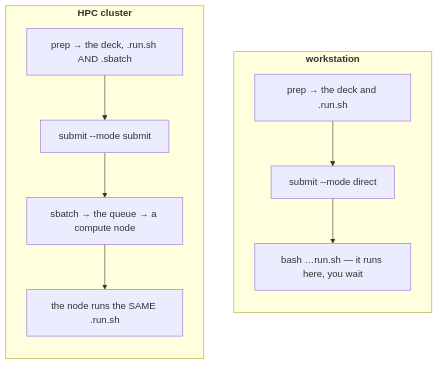
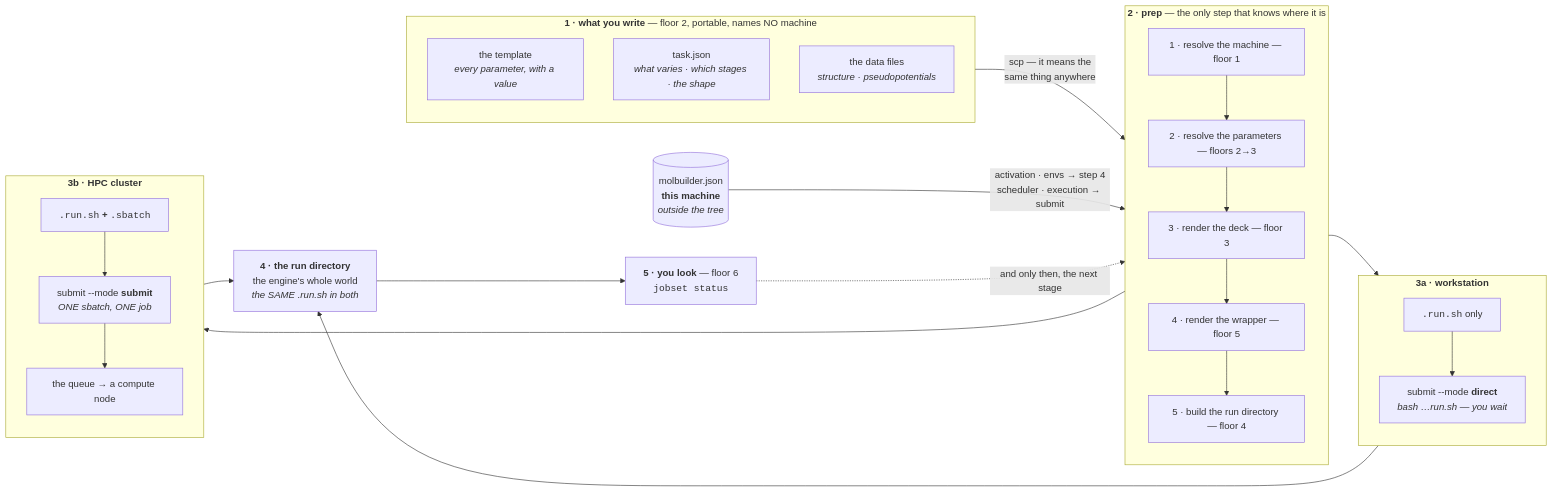
Before and after one commit to Qing-LAB/molbuilder: the seventh of 8 diagrams in docs/execution/architecture.md, drawn with Mermaid. The commit also changed other lines of this file and 18 other files, not shown here.

````diff
--- a/docs/execution/architecture.md
+++ b/docs/execution/architecture.md
@@ -558,18 +551,46 @@
 ```mermaid
-flowchart TB
-    subgraph WS["<b>workstation</b>"]
+flowchart LR
+    subgraph PORT["<b>1 · what you write</b> — floor 2, portable, names NO machine"]
       direction TB
-      W1["prep → the deck and .run.sh"]
-      W2["submit --mode direct"]
-      W3["bash …run.sh — it runs here, you wait"]
-      W1 --> W2 --> W3
+      T["the template<br/><i>every parameter, with a value</i>"]
+      TJ["task.json<br/><i>what varies · which stages · the shape</i>"]
+      DAT["the data files<br/><i>structure · pseudopotentials</i>"]
     end
-    subgraph HPC["<b>HPC cluster</b>"]
+
+    CFG[("molbuilder.json<br/><b>this machine</b><br/><i>outside the tree</i>")]
+
+    subgraph PREP["<b>2 · prep</b> — the only step that knows where it is"]
       direction TB
-      H1["prep → the deck, .run.sh AND .sbatch"]
-      H2["submit --mode submit"]
-      H3["sbatch → the queue → a compute node"]
-      H4["the node runs the SAME .run.sh"]
-      H1 --> H2 --> H3 --> H4
+      S1["1 · resolve the machine — floor 1"]
+      S2["2 · resolve the parameters — floors 2→3"]
+      S3["3 · render the deck — floor 3"]
+      S4["4 · render the wrapper — floor 5"]
+      S5["5 · build the run directory — floor 4"]
+      S1 --> S2 --> S3 --> S4 --> S5
     end
+
+    subgraph WS["<b>3a · workstation</b>"]
+      direction TB
+      WA["<code>.run.sh</code> only"]
+      WB["submit --mode <b>direct</b><br/><i>bash …run.sh — you wait</i>"]
+      WA --> WB
+    end
+    subgraph HPC["<b>3b · HPC cluster</b>"]
+      direction TB
+      HA["<code>.run.sh</code> <b>+</b> <code>.sbatch</code>"]
+      HB["submit --mode <b>submit</b><br/><i>ONE sbatch, ONE job</i>"]
+      HC["the queue → a compute node"]
+      HA --> HB --> HC
+    end
+
+    RUN["<b>4 · the run directory</b><br/>the engine's whole world<br/><i>the SAME .run.sh in both</i>"]
+    OBS["<b>5 · you look</b> — floor 6<br/><code>jobset status</code>"]
+
+    PORT -->|"scp — it means the<br/>same thing anywhere"| PREP
+    CFG -->|"activation · envs → step 4<br/>scheduler · execution → submit"| PREP
+    PREP --> WS & HPC
+    WS --> RUN
+    HPC --> RUN
+    RUN --> OBS
+    OBS -.->|"and only then, the next stage"| PREP
 ```
````
